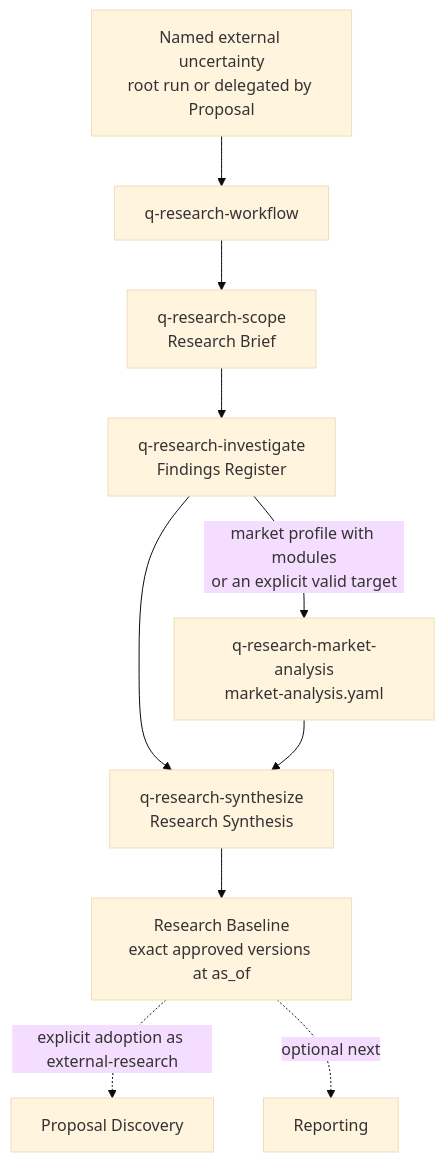
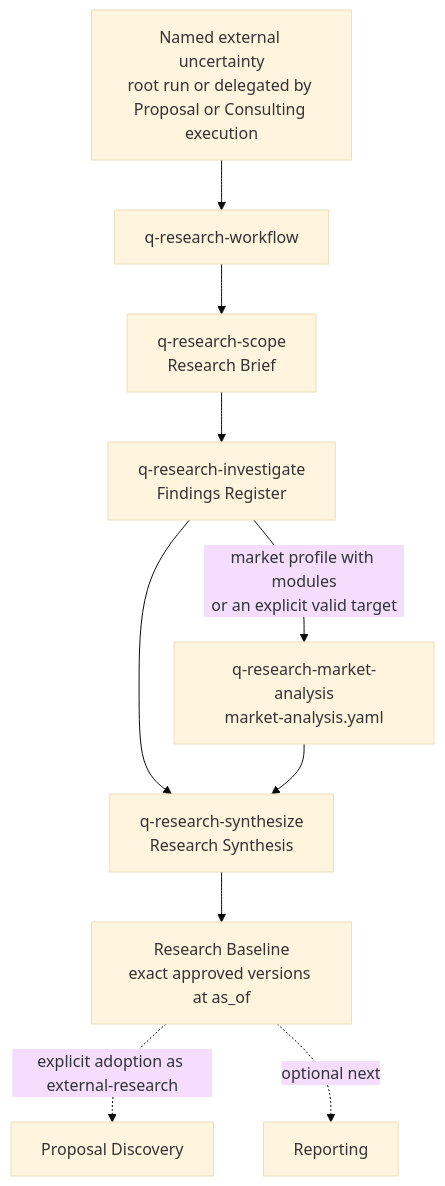
The diagram in skills/research/README.md (flaviogragnolati/ai-workflow), drawn with Mermaid (base theme) before and after one commit. The commit also changed other lines of this file and 31 other files, not shown here.

````diff
--- a/skills/research/README.md
+++ b/skills/research/README.md
@@ -9,12 +9,12 @@
 ```mermaid
 flowchart TB
-    U["Named external uncertainty<br/>root run or delegated by Proposal"] --> W["q-research-workflow"]
+    U["Named external uncertainty<br/>root run or delegated by Proposal or Consulting execution"] --> W["q-research-workflow"]
     W --> S1["q-research-scope<br/>Research Brief"]
     S1 --> S2["q-research-investigate<br/>Findings Register"]
     S2 -->|"market profile with modules<br/>or an explicit valid target"| S3["q-research-market-analysis<br/>market-analysis.yaml"]
     S2 --> S4["q-research-synthesize<br/>Research Synthesis"]
     S3 --> S4
     S4 --> B["Research Baseline<br/>exact approved versions at as_of"]
     B -. "explicit adoption as external-research" .-> P["Proposal Discovery"]
     B -. "optional next" .-> R["Reporting"]
 ```
````
